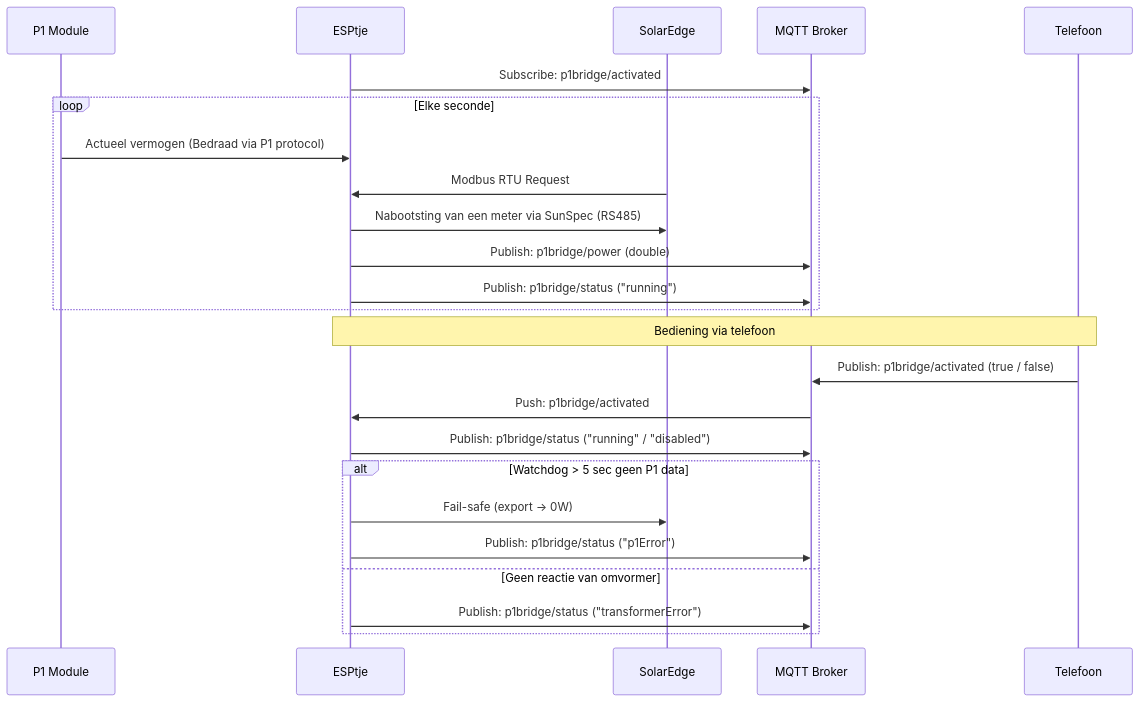
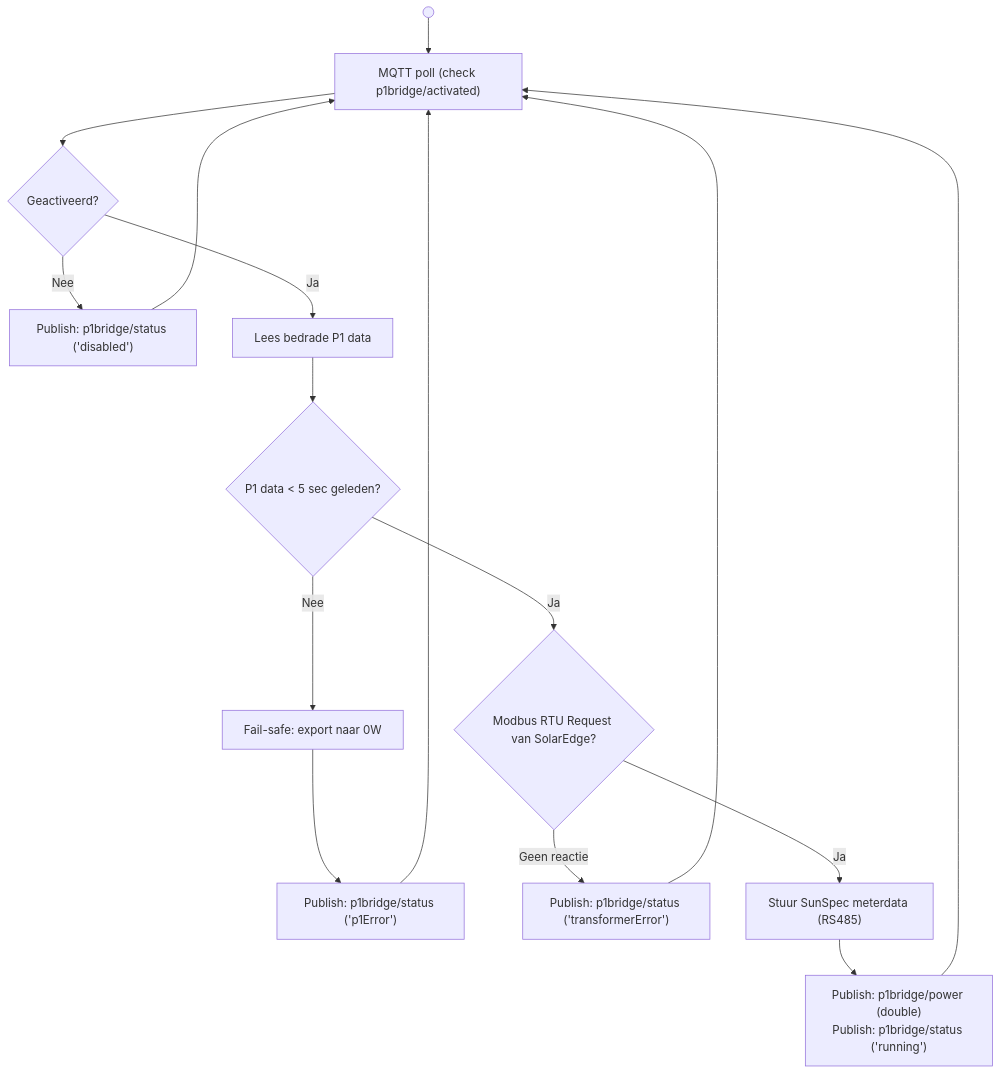
One commit to HexiDevs/OpenP1Bridge changed the second of 2 diagrams in documentation/activitydiagram.md. Above: the diagram before and after it, drawn with Mermaid. The commit also changed other lines of this file, not shown here.

Commit message:
Update activity diagram to enhance clarity and mark subproject as dirty

````diff
--- a/documentation/activitydiagram.md
+++ b/documentation/activitydiagram.md
@@ -1,30 +14,23 @@
 ```mermaid
-sequenceDiagram
-    participant P1 as P1 Module
-    participant MB as ESPtje
-    participant SE as SolarEdge
-    participant MQTT as MQTT Broker
-    participant App as Telefoon
+flowchart TD
+    Start(( )) --> Poll["MQTT poll (check p1bridge/activated)"]
+    Poll --> Active{"Geactiveerd?"}
 
-    MB->>MQTT: Subscribe: p1bridge/activated
+    Active -- "Nee" --> PubDis["Publish: p1bridge/status ('disabled')"]
+    PubDis --> Poll
 
-    loop Elke seconde
-        P1->>MB: Actueel vermogen (Bedraad via P1 protocol)
-        SE->>MB: Modbus RTU Request
-        MB->>SE: Nabootsting van een meter via SunSpec (RS485)
-        MB->>MQTT: Publish: p1bridge/power (double)
-        MB->>MQTT: Publish: p1bridge/status ("running")
-    end
+    Active -- "Ja" --> ReadP1["Lees bedrade P1 data"]
+    ReadP1 --> Watchdog{"P1 data < 5 sec geleden?"}
 
-    Note over App,MB: Bediening via telefoon
-    App->>MQTT: Publish: p1bridge/activated (true / false)
-    MQTT->>MB: Push: p1bridge/activated
-    MB->>MQTT: Publish: p1bridge/status ("running" / "disabled")
+    Watchdog -- "Nee" --> FailSafe["Fail-safe: export naar 0W"]
+    FailSafe --> PubP1Err["Publish: p1bridge/status ('p1Error')"]
+    PubP1Err --> Poll
 
-    alt Watchdog > 5 sec geen P1 data
-        MB->>SE: Fail-safe (export -> 0W)
-        MB->>MQTT: Publish: p1bridge/status ("p1Error")
-    else Geen reactie van omvormer
-        MB->>MQTT: Publish: p1bridge/status ("transformerError")
-    end
+    Watchdog -- "Ja" --> ModReq{"Modbus RTU Request van SolarEdge?"}
+    ModReq -- "Geen reactie" --> PubTrErr["Publish: p1bridge/status ('transformerError')"]
+    PubTrErr --> Poll
+
+    ModReq -- "Ja" --> SendSun["Stuur SunSpec meterdata (RS485)"]
+    SendSun --> PubOk["Publish: p1bridge/power (double)<br/>Publish: p1bridge/status ('running')"]
+    PubOk --> Poll
 ```
````
